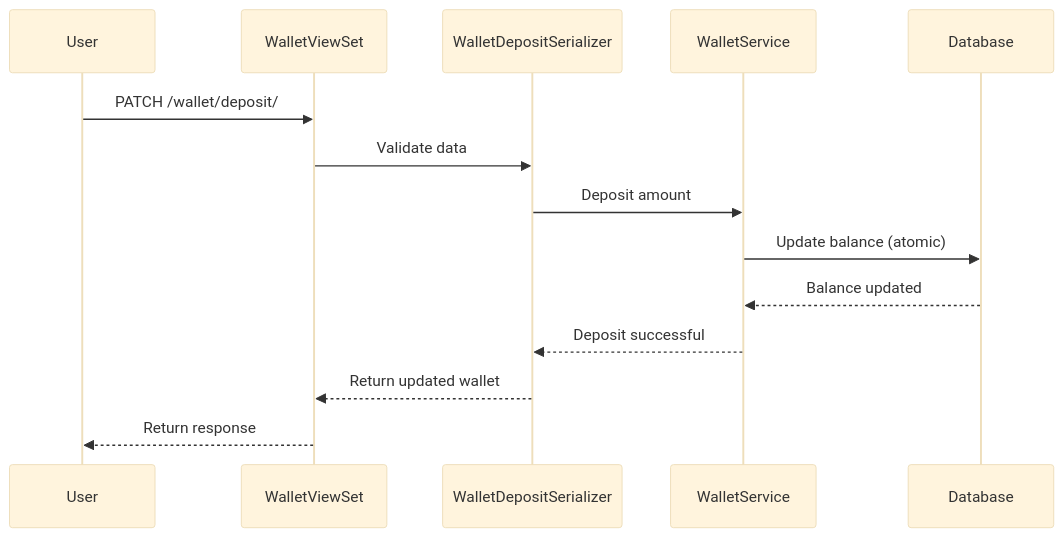
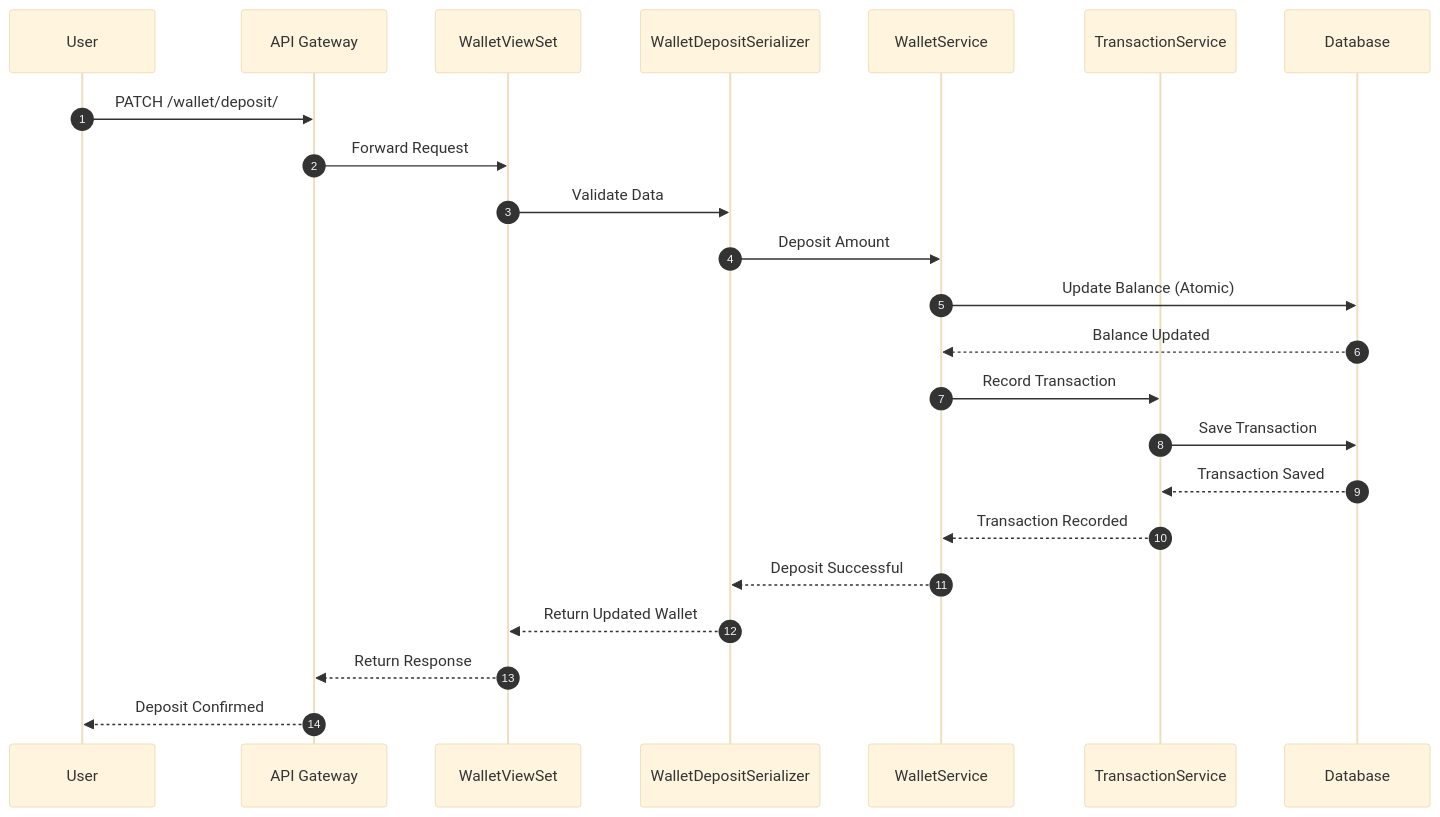
One commit to rezamobaraki/crypto-exchange changed the fourth of 5 diagrams in README.md. Above: the diagram before and after it, drawn with Mermaid (base theme). The commit also changed other lines of this file and 75 other files, not shown here.

````diff
--- a/README.md
+++ b/README.md
@@ -35,18 +295,25 @@
 ```mermaid
 sequenceDiagram
-    participant User
-    participant WalletViewSet
-    participant WalletDepositSerializer
-    participant WalletService
-    participant Database
-    User->>WalletViewSet: PATCH /wallet/deposit/
-    WalletViewSet->>WalletDepositSerializer: Validate data
-    WalletDepositSerializer->>WalletService: Deposit amount
-    WalletService->>Database: Update balance (atomic)
-    Database-->>WalletService: Balance updated
-    WalletService-->>WalletDepositSerializer: Deposit successful
-    WalletDepositSerializer-->>WalletViewSet: Return updated wallet
-    WalletViewSet-->>User: Return response
-
-
+    autonumber
+    participant U as User
+    participant A as API Gateway
+    participant WV as WalletViewSet
+    participant WDS as WalletDepositSerializer
+    participant WS as WalletService
+    participant TS as TransactionService
+    participant DB as Database
+    U ->> A: PATCH /wallet/deposit/
+    A ->> WV: Forward Request
+    WV ->> WDS: Validate Data
+    WDS ->> WS: Deposit Amount
+    WS ->> DB: Update Balance (Atomic)
+    DB -->> WS: Balance Updated
+    WS ->> TS: Record Transaction
+    TS ->> DB: Save Transaction
+    DB -->> TS: Transaction Saved
+    TS -->> WS: Transaction Recorded
+    WS -->> WDS: Deposit Successful
+    WDS -->> WV: Return Updated Wallet
+    WV -->> A: Return Response
+    A -->> U: Deposit Confirmed
 ```
````
